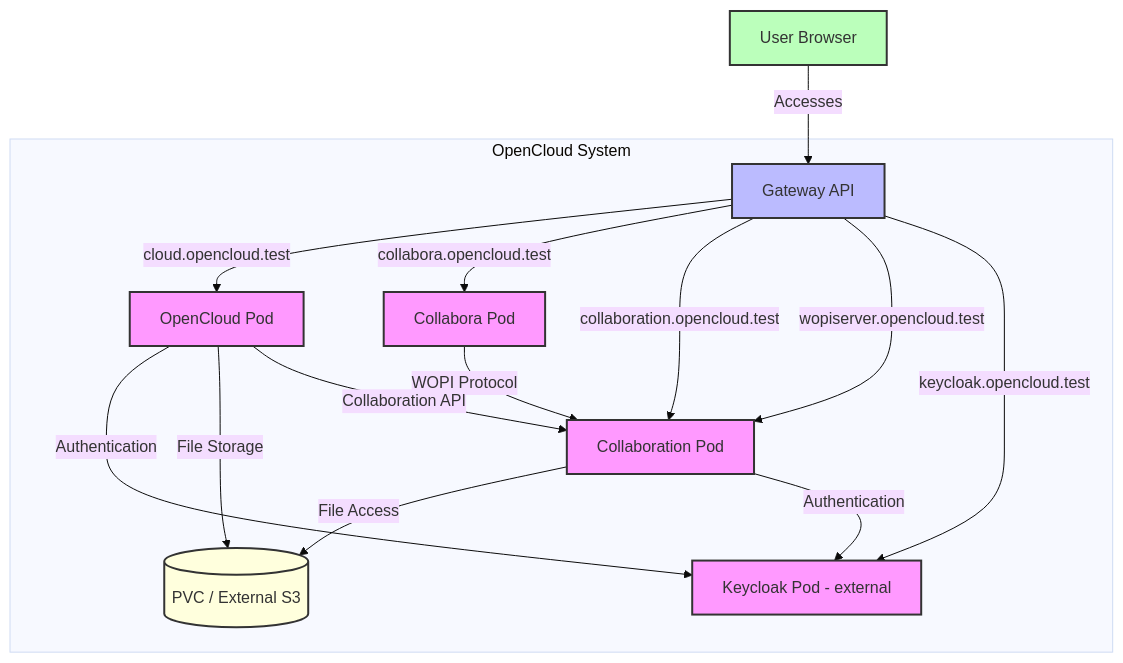
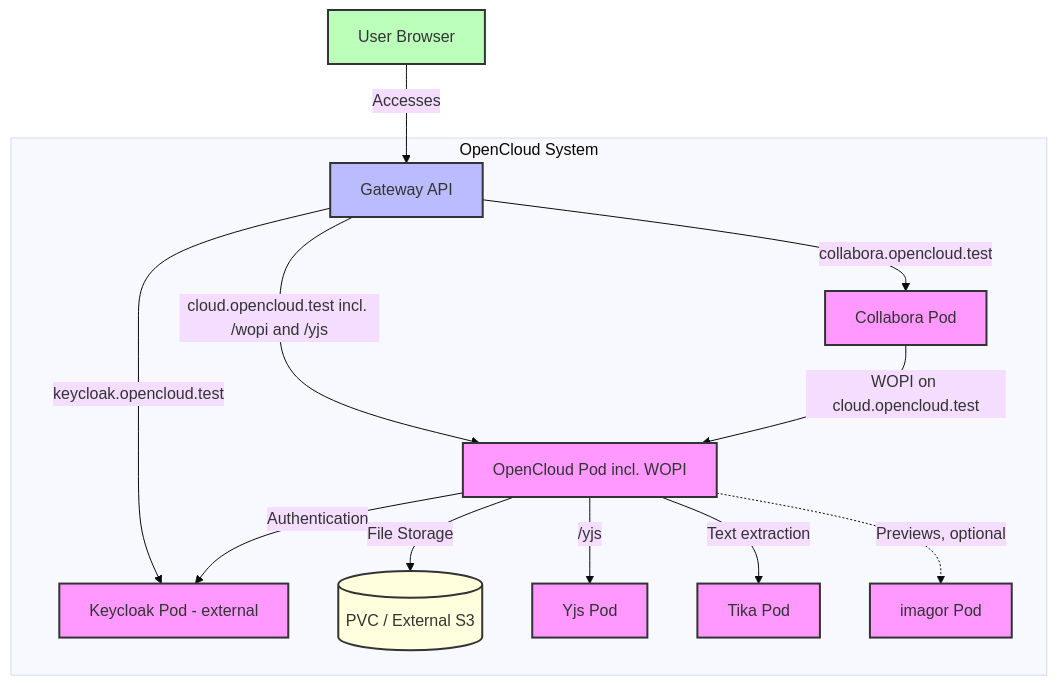
Before and after one commit to Tim-herbie/opencloud-helm: the diagram in charts/opencloud/README.md, drawn with Mermaid (base theme). The commit also changed other lines of this file and 18 other files, not shown here.

First line of the commit message:
feat(opencloud): add OpenCloud 9 support and align chart with upstream

````diff
--- a/charts/opencloud/README.md
+++ b/charts/opencloud/README.md
@@ -164,32 +167,28 @@
 ```mermaid
 graph TD
     User[User Browser] -->|Accesses| Gateway[Gateway API]
     
     subgraph "OpenCloud System"
-        Gateway -->|cloud.opencloud.test| OpenCloud[OpenCloud Pod]
+        Gateway -->|cloud.opencloud.test incl. /wopi and /yjs| OpenCloud[OpenCloud Pod incl. WOPI]
         Gateway -->|collabora.opencloud.test| Collabora[Collabora Pod]
-        Gateway -->|collaboration.opencloud.test| Collaboration[Collaboration Pod]
-        Gateway -->|wopiserver.opencloud.test| Collaboration
         Gateway -->|keycloak.opencloud.test| Keycloak[Keycloak Pod - external]
         
         OpenCloud -->|Authentication| Keycloak
         OpenCloud -->|File Storage| Storage[(PVC / External S3)]
+        OpenCloud -->|/yjs| Yjs[Yjs Pod]
+        OpenCloud -->|Text extraction| Tika[Tika Pod]
+        OpenCloud -.->|Previews, optional| Imagor[imagor Pod]
         
-        Collabora -->|WOPI Protocol| Collaboration
-        Collaboration -->|File Access| Storage
-        
-        Collaboration -->|Authentication| Keycloak
-        
-        OpenCloud -->|Collaboration API| Collaboration
+        Collabora -->|WOPI on cloud.opencloud.test| OpenCloud
     end
     
     classDef pod fill:#f9f,stroke:#333,stroke-width:2px;
     classDef gateway fill:#bbf,stroke:#333,stroke-width:2px;
     classDef user fill:#bfb,stroke:#333,stroke-width:2px;
     classDef storage fill:#ffd,stroke:#333,stroke-width:2px;
     
-    class OpenCloud,Collabora,Collaboration,Keycloak pod;
+    class OpenCloud,Collabora,Keycloak,Yjs,Tika,Imagor pod;
     class Storage storage;
     class Gateway gateway;
     class User user;
 ```
````
